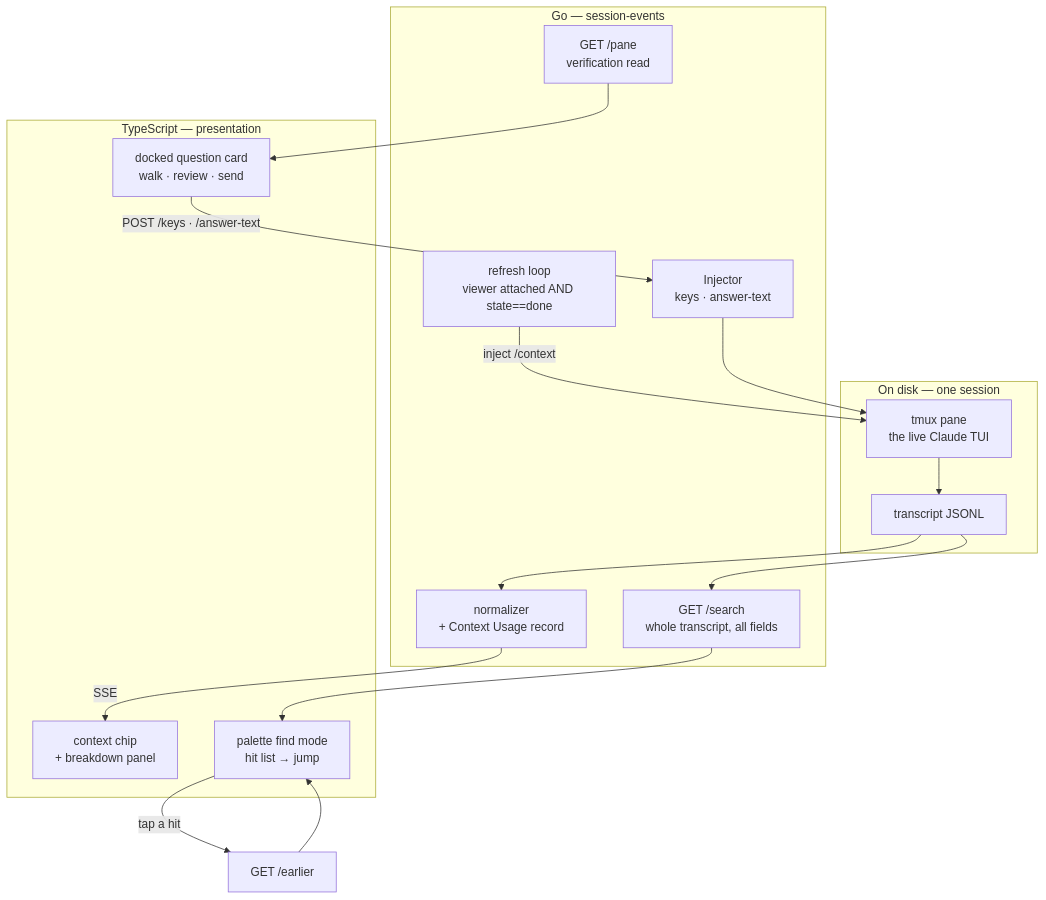
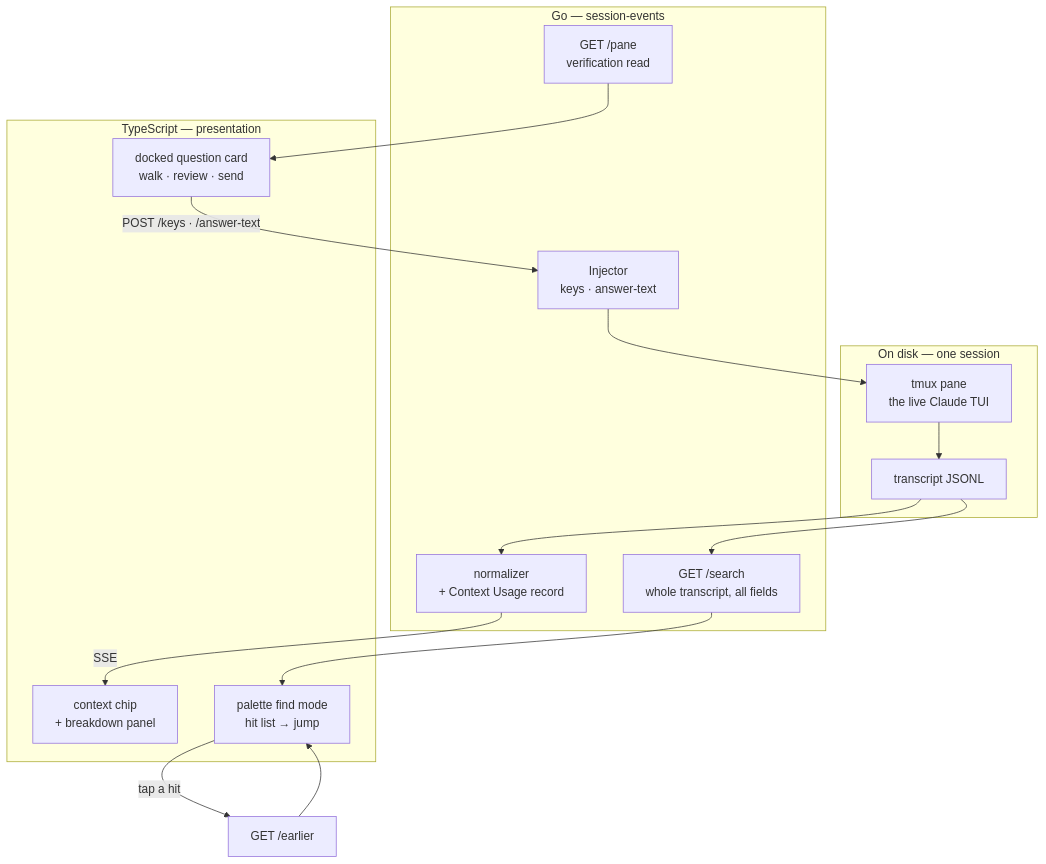
Before and after one commit to ViktorBarzin/terminal-lobby: the first of 2 diagrams in docs/plans/2026-08-18-text-view-answers-search-context-design.md, drawn with Mermaid. The commit also changed other lines of this file and 14 other files, not shown here.

````diff
--- a/docs/plans/2026-08-18-text-view-answers-search-context-design.md
+++ b/docs/plans/2026-08-18-text-view-answers-search-context-design.md
@@ -116,29 +119,27 @@
 ```mermaid
 flowchart TD
   subgraph disk["On disk — one session"]
     T["transcript JSONL"]
     P["tmux pane<br/>the live Claude TUI"]
   end
 
   subgraph go["Go — session-events"]
     N["normalizer<br/>+ Context Usage record"]
     S["GET /search<br/>whole transcript, all fields"]
-    R["refresh loop<br/>viewer attached AND state==done"]
     I["Injector<br/>keys · answer-text"]
     C["GET /pane<br/>verification read"]
   end
 
   subgraph ts["TypeScript — presentation"]
     M["context chip<br/>+ breakdown panel"]
     F["palette find mode<br/>hit list → jump"]
     Q["docked question card<br/>walk · review · send"]
   end
 
   T --> N -->|SSE| M
   T --> S --> F
   F -->|"tap a hit"| E["GET /earlier"] --> F
-  R -->|"inject /context"| P
   P --> T
   Q -->|"POST /keys · /answer-text"| I --> P
   C --> Q
 ```
````
